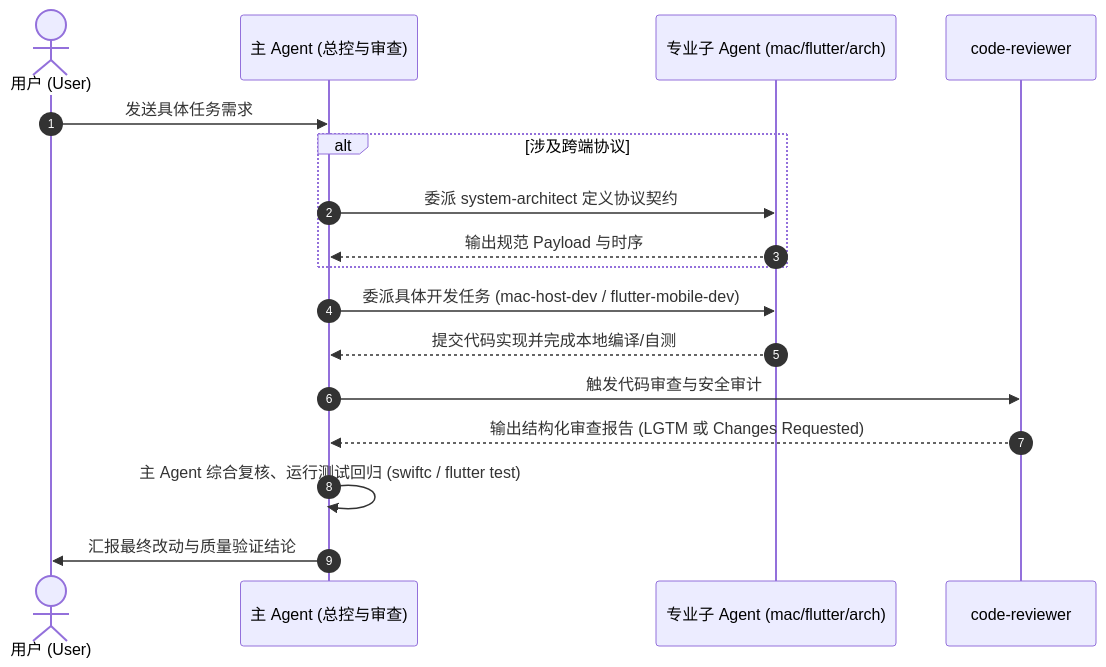
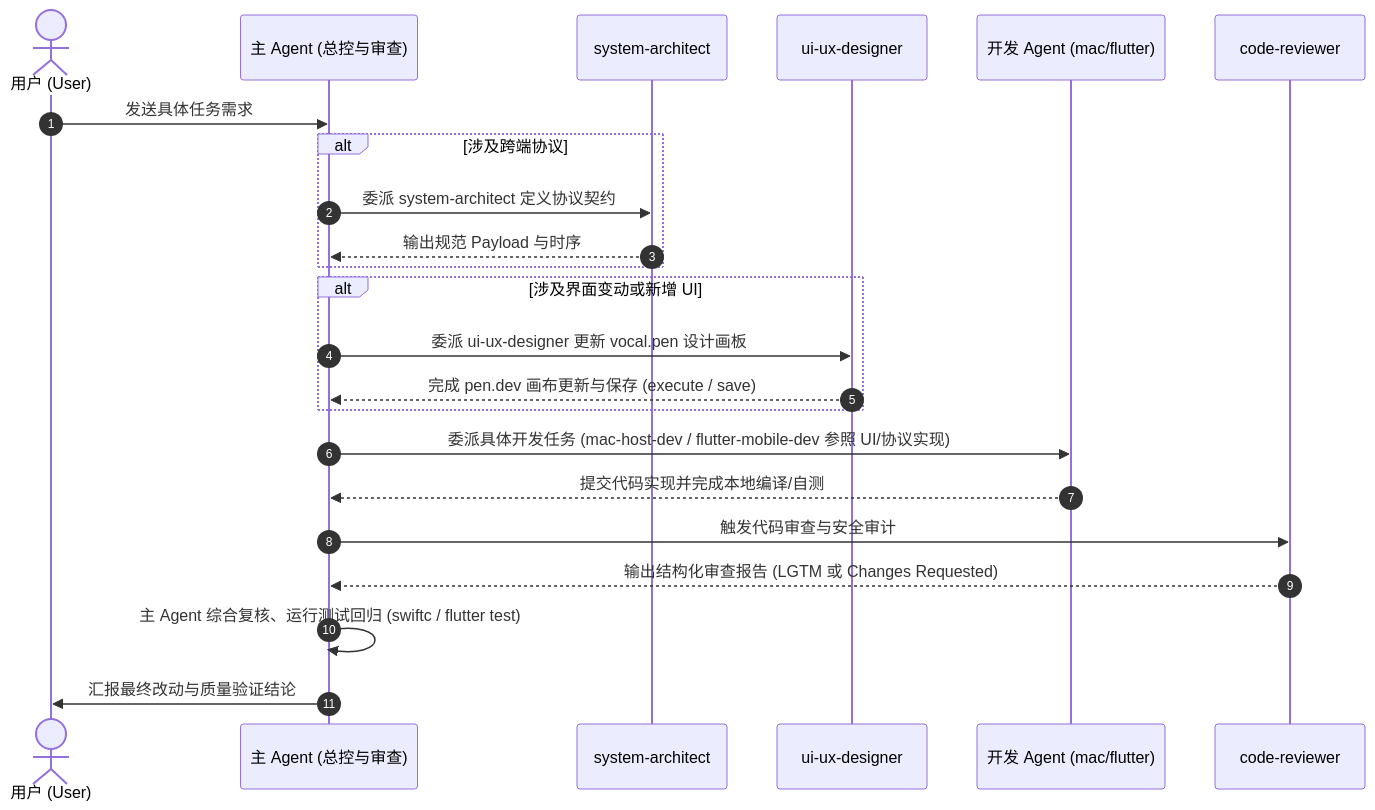
One commit to idcpj/vocal changed the diagram in AGENTS.md. Above: the diagram before and after it, drawn with Mermaid. The commit also changed other lines of this file and 36 other files, not shown here.

````diff
--- a/AGENTS.md
+++ b/AGENTS.md
@@ -32,20 +33,26 @@
 ```mermaid
 sequenceDiagram
     autonumber
     actor User as 用户 (User)
     participant Lead as 主 Agent (总控与审查)
-    participant Sub as 专业子 Agent (mac/flutter/arch)
+    participant Arch as system-architect
+    participant UI as ui-ux-designer
+    participant Sub as 开发 Agent (mac/flutter)
     participant CR as code-reviewer
 
     User->>Lead: 发送具体任务需求
     alt 涉及跨端协议
-        Lead->>Sub: 委派 system-architect 定义协议契约
-        Sub-->>Lead: 输出规范 Payload 与时序
+        Lead->>Arch: 委派 system-architect 定义协议契约
+        Arch-->>Lead: 输出规范 Payload 与时序
     end
-    Lead->>Sub: 委派具体开发任务 (mac-host-dev / flutter-mobile-dev)
+    alt 涉及界面变动或新增 UI
+        Lead->>UI: 委派 ui-ux-designer 更新 vocal.pen 设计画板
+        UI-->>Lead: 完成 pen.dev 画布更新与保存 (execute / save)
+    end
+    Lead->>Sub: 委派具体开发任务 (mac-host-dev / flutter-mobile-dev 参照 UI/协议实现)
     Sub-->>Lead: 提交代码实现并完成本地编译/自测
     Lead->>CR: 触发代码审查与安全审计
     CR-->>Lead: 输出结构化审查报告 (LGTM 或 Changes Requested)
     Lead->>Lead: 主 Agent 综合复核、运行测试回归 (swiftc / flutter test)
     Lead->>User: 汇报最终改动与质量验证结论
 ```
````
